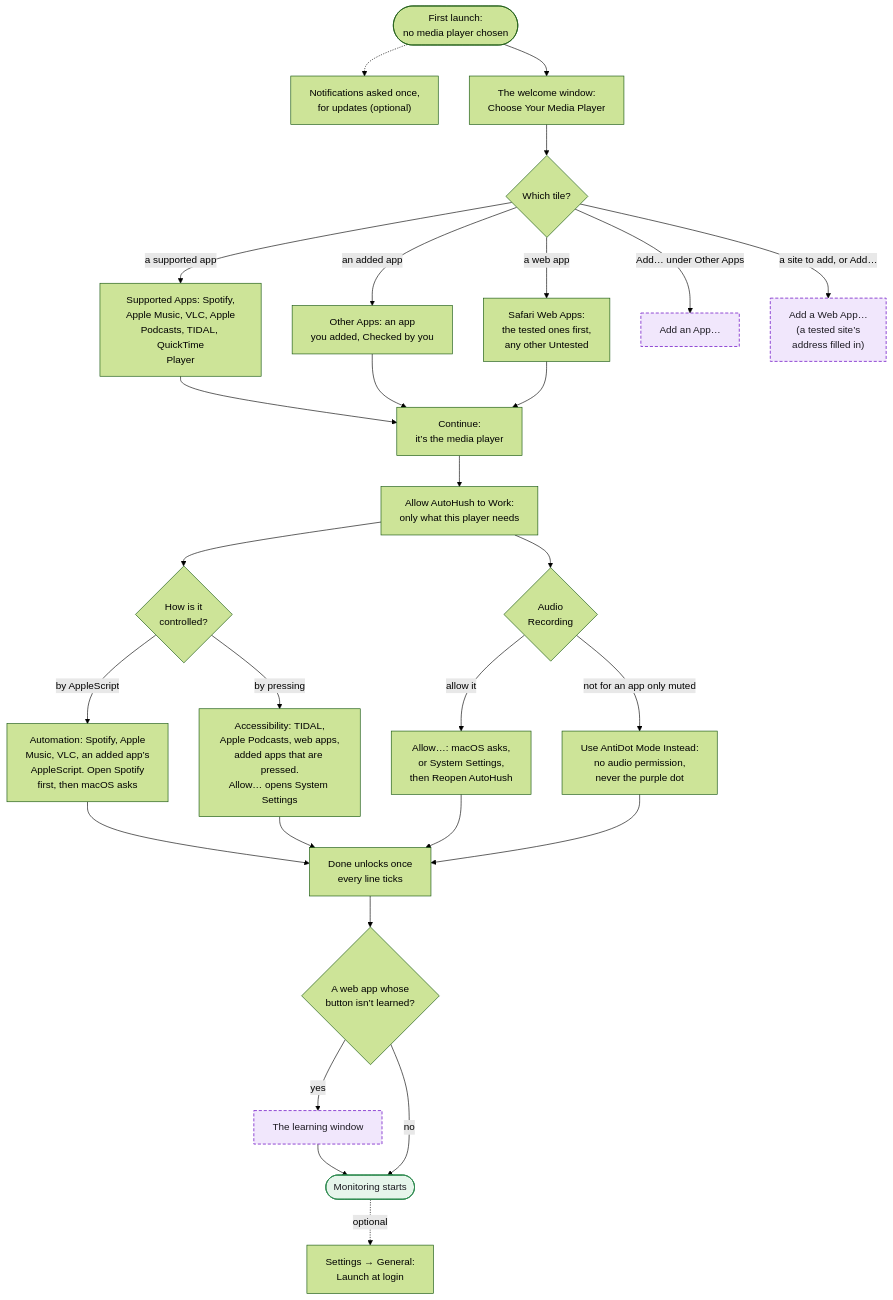
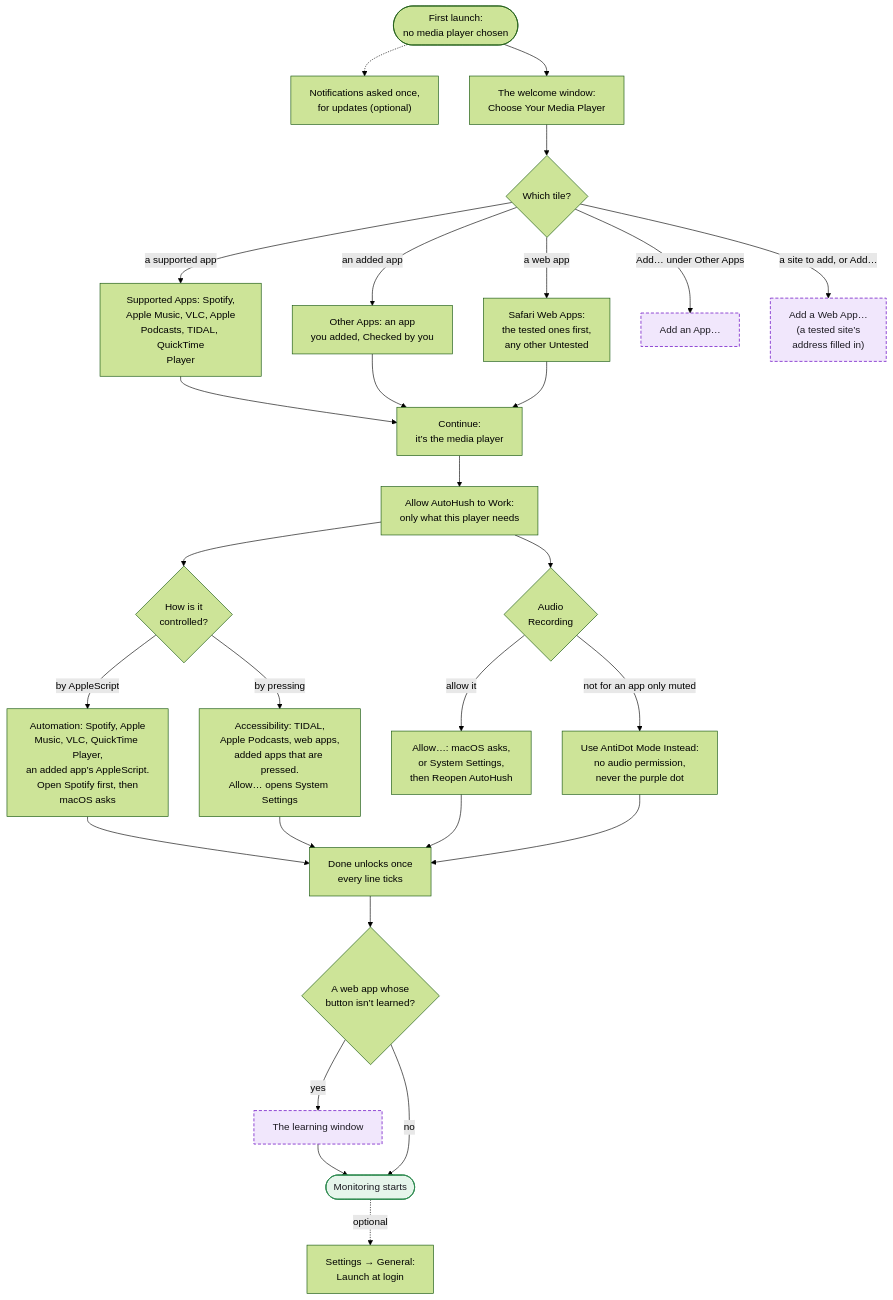
Before and after one commit to hfustercabre/AutoHush: the second of 14 diagrams in WORKFLOWS.md, drawn with Mermaid (forest theme). The commit also changed other lines of this file and 95 other files, not shown here.

````diff
--- a/WORKFLOWS.md
+++ b/WORKFLOWS.md
@@ -77,54 +77,54 @@
 ```mermaid
 flowchart TD
   A(["First launch:<br/>no media player chosen"])
   NT["Notifications asked once,<br/>for updates (optional)"]
   W["The welcome window:<br/>Choose Your Media Player"]
   K{"Which tile?"}
   SUP["Supported Apps: Spotify,<br/>Apple Music, VLC, Apple<br/>Podcasts, TIDAL, QuickTime<br/>Player"]
   OTH["Other Apps: an app<br/>you added, Checked by you"]
   WEB["Safari Web Apps:<br/>the tested ones first,<br/>any other Untested"]
   ADDAPP["Add an App…"]
   ADDWEB["Add a Web App…<br/>(a tested site’s<br/>address filled in)"]
   CONT["Continue:<br/>it’s the media player"]
   PERM["Allow AutoHush to Work:<br/>only what this player needs"]
   CTRL{"How is it<br/>controlled?"}
-  AUT["Automation: Spotify, Apple<br/>Music, VLC, an added app’s<br/>AppleScript. Open Spotify<br/>first, then macOS asks"]
+  AUT["Automation: Spotify, Apple<br/>Music, VLC, QuickTime Player,<br/>an added app’s AppleScript.<br/>Open Spotify first, then<br/>macOS asks"]
   ACC["Accessibility: TIDAL,<br/>Apple Podcasts, web apps,<br/>added apps that are pressed.<br/>Allow… opens System Settings"]
   AUD{"Audio<br/>Recording"}
   ALW["Allow…: macOS asks,<br/>or System Settings,<br/>then Reopen AutoHush"]
   ANT["Use AntiDot Mode Instead:<br/>no audio permission,<br/>never the purple dot"]
   DONE["Done unlocks once<br/>every line ticks"]
   LRN{"A web app whose<br/>button isn’t learned?"}
   LW["The learning window"]
   RUN(["Monitoring starts"])
   LOG["Settings → General:<br/>Launch at login"]
 
   A --> W
   A -.-> NT
   W --> K
   K -->|"a supported app"| SUP --> CONT
   K -->|"an added app"| OTH --> CONT
   K -->|"a web app"| WEB --> CONT
   K -->|"Add… under Other Apps"| ADDAPP
   K -->|"a site to add, or Add…"| ADDWEB
   CONT --> PERM
   PERM --> CTRL
   PERM --> AUD
   CTRL -->|"by AppleScript"| AUT
   CTRL -->|"by pressing"| ACC
   AUD -->|"allow it"| ALW
   AUD -->|"not for an app only muted"| ANT
   AUT --> DONE
   ACC --> DONE
   ALW --> DONE
   ANT --> DONE
   DONE --> LRN
   LRN -->|"yes"| LW --> RUN
   LRN -->|"no"| RUN
   RUN -.->|"optional"| LOG
 
   class ADDAPP,ADDWEB,LW ref
   class RUN done
   classDef ref fill:#f1e7fc,stroke:#8a3fd1,stroke-width:1.5px,stroke-dasharray: 5 3,color:#1d1b22
   classDef done fill:#e6f5eb,stroke:#2f8a50,stroke-width:1.5px,color:#1d1b22
 ```
````
